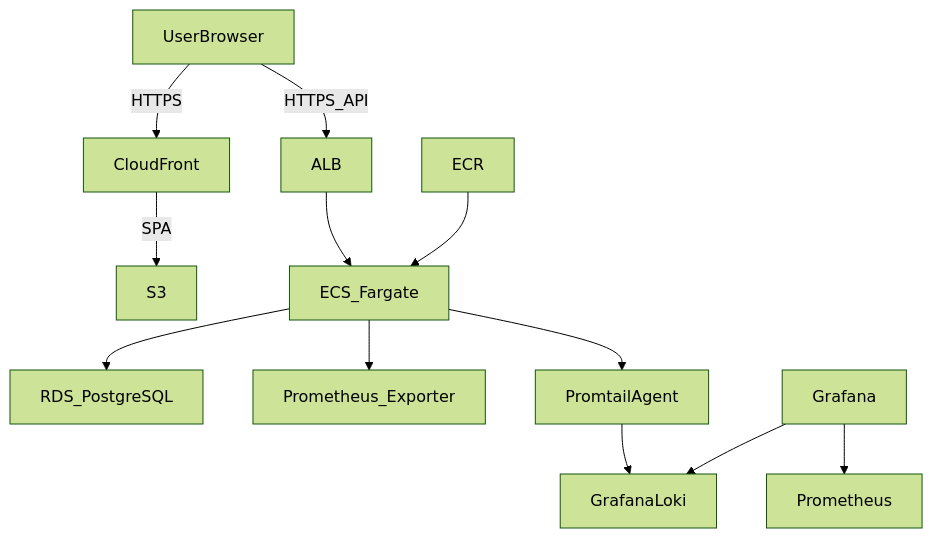
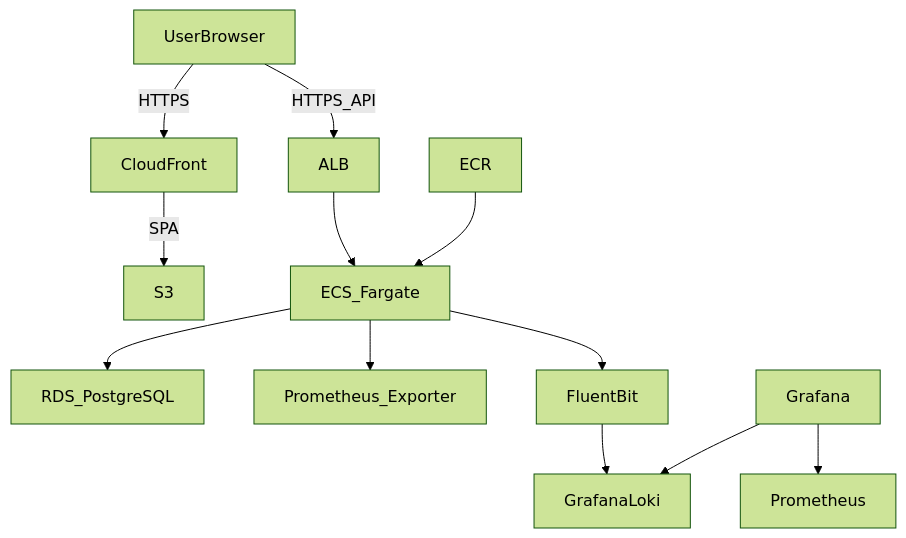
The diagram in README.md (takuma-yamaguchi0807/todo-gin), drawn with Mermaid (forest theme) before and after one commit. The commit also changed other lines of this file, not shown here.

Commit message:
README更新

````diff
--- a/README.md
+++ b/README.md
@@ -22,14 +22,14 @@
 ```mermaid
 graph TD
   UserBrowser -- HTTPS --> CloudFront
   CloudFront -- SPA --> S3
   UserBrowser -- HTTPS_API --> ALB
   ALB --> ECS_Fargate
   ECS_Fargate --> RDS_PostgreSQL
   ECS_Fargate --> Prometheus_Exporter
-  ECS_Fargate --> PromtailAgent
-  PromtailAgent --> GrafanaLoki
+  ECS_Fargate --> FluentBit
+  FluentBit --> GrafanaLoki
   Grafana --> Prometheus
   Grafana --> GrafanaLoki
   ECR --> ECS_Fargate
 ```
````
